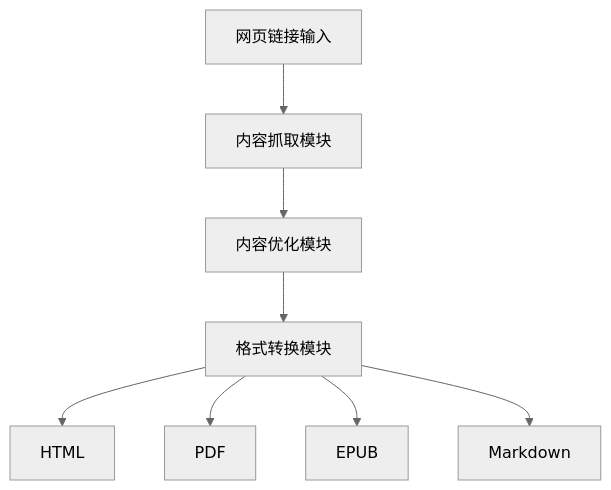
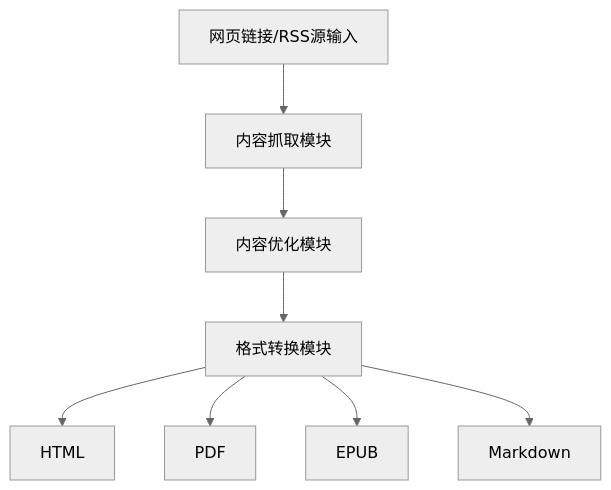
The first of 3 diagrams in README.md (Wjiajie/wepub), drawn with Mermaid (neutral theme) before and after one commit. The commit also changed other lines of this file and 1 other file, not shown here.

````diff
--- a/README.md
+++ b/README.md
@@ -26,10 +35,10 @@
 ```mermaid
 graph TD
-    A[网页链接输入] --> B[内容抓取模块]
+    A[网页链接/RSS源输入] --> B[内容抓取模块]
     B --> C[内容优化模块]
     C --> D[格式转换模块]
     D --> E1[HTML]
     D --> E2[PDF]
     D --> E3[EPUB]
     D --> E4[Markdown]
 ```
````
